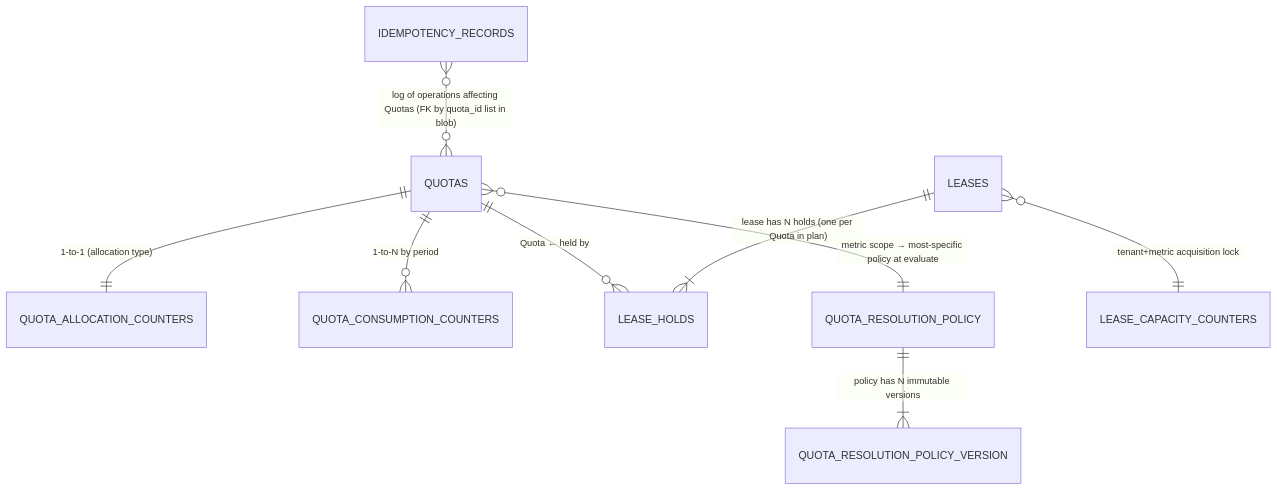
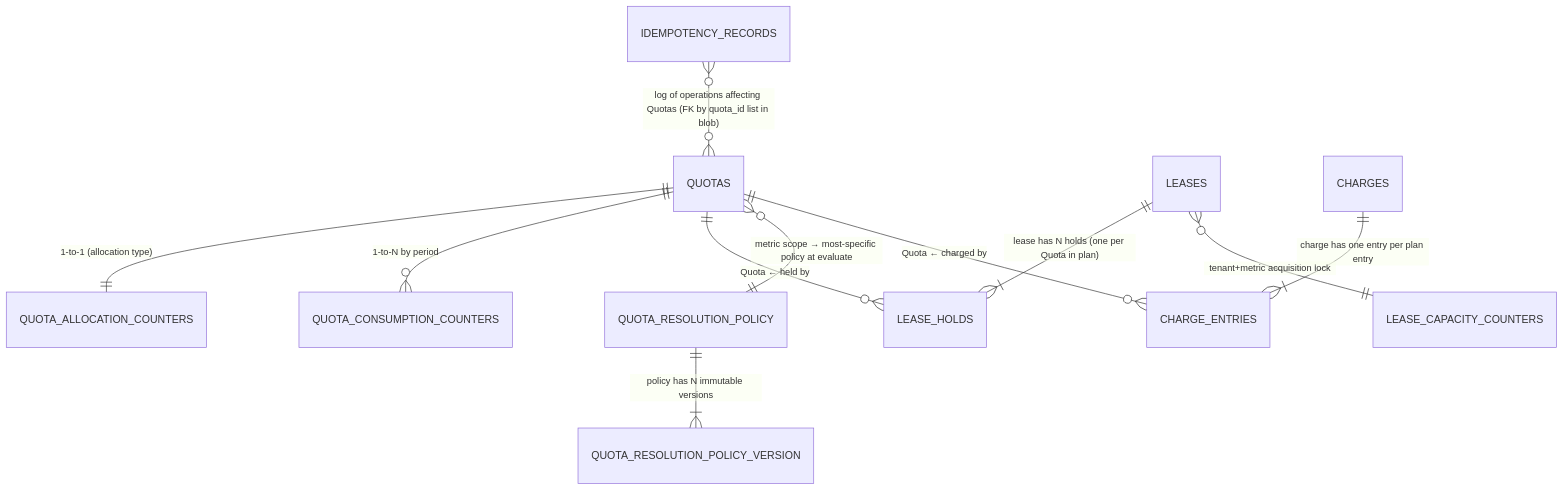
One commit to constructorfabric/gears-rust changed the second of 18 diagrams in gears/system/quota-enforcement/docs/DESIGN.md. Above: the diagram before and after it, drawn with Mermaid. The commit also changed other lines of this file and 48 other files, not shown here.

````diff
--- a/gears/system/quota-enforcement/docs/DESIGN.md
+++ b/gears/system/quota-enforcement/docs/DESIGN.md
@@ -392,11 +437,13 @@
 ```mermaid
 erDiagram
     QUOTAS ||--|| QUOTA_ALLOCATION_COUNTERS : "1-to-1 (allocation type)"
     QUOTAS ||--o{ QUOTA_CONSUMPTION_COUNTERS : "1-to-N by period"
     QUOTAS ||--o{ LEASE_HOLDS : "Quota ← held by"
     LEASES ||--|{ LEASE_HOLDS : "lease has N holds (one per Quota in plan)"
     QUOTA_RESOLUTION_POLICY ||--|{ QUOTA_RESOLUTION_POLICY_VERSION : "policy has N immutable versions"
     QUOTAS }o--|| QUOTA_RESOLUTION_POLICY : "metric scope → most-specific policy at evaluate"
     LEASES }o--|| LEASE_CAPACITY_COUNTERS : "tenant+metric acquisition lock"
     IDEMPOTENCY_RECORDS }o--o{ QUOTAS : "log of operations affecting Quotas (FK by quota_id list in blob)"
+    CHARGES ||--|{ CHARGE_ENTRIES : "charge has one entry per plan entry"
+    QUOTAS ||--o{ CHARGE_ENTRIES : "Quota ← charged by"
 ```
````
